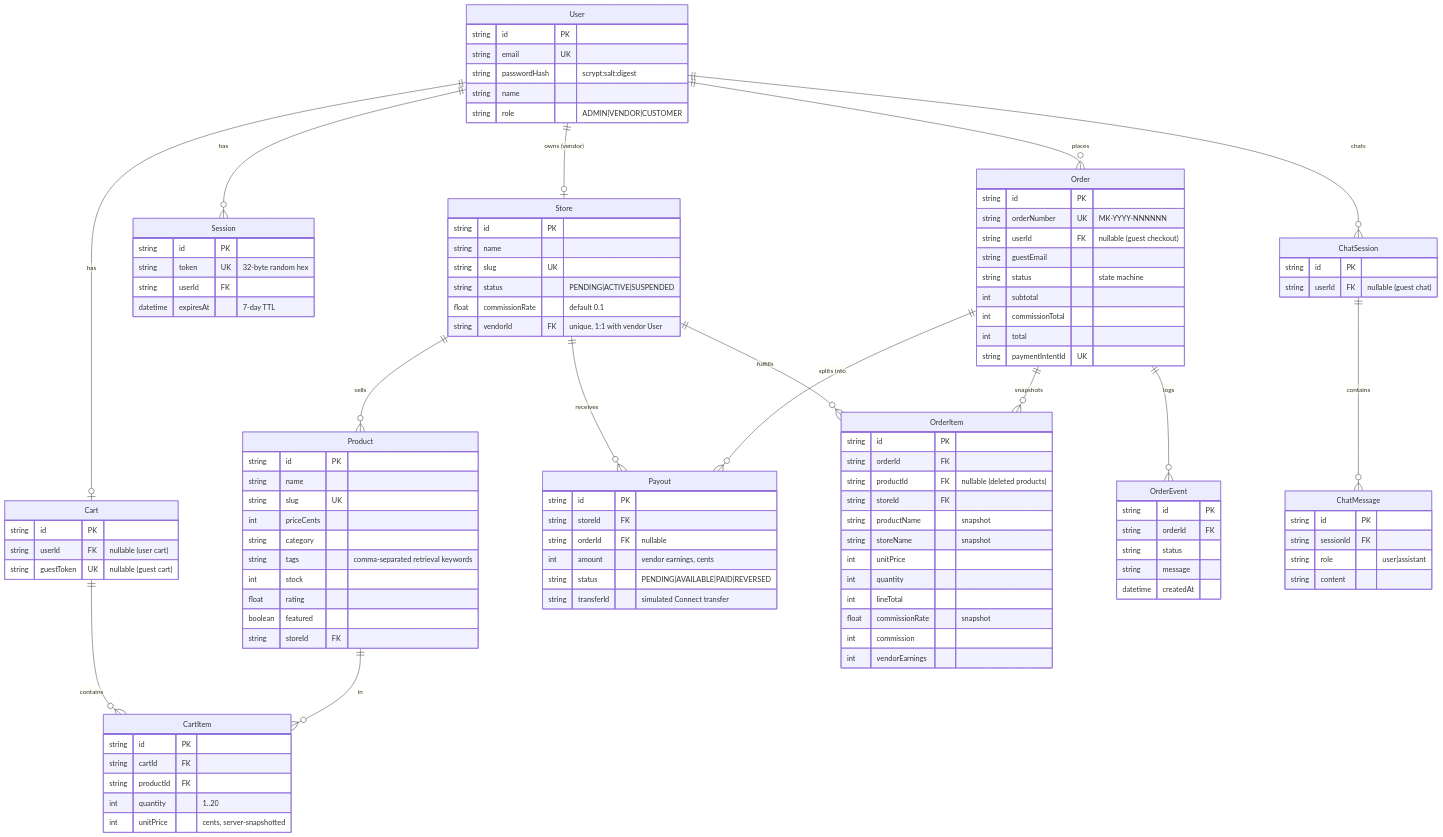
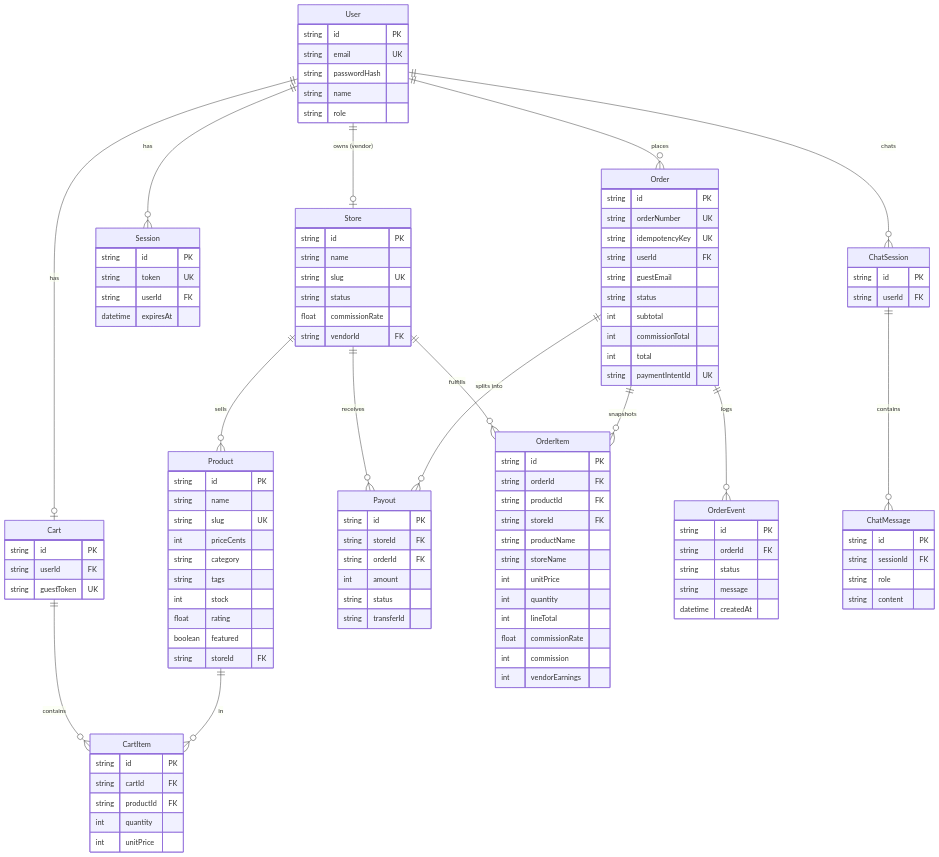
Before and after one commit to rishav579/meridian-market: the second of 3 diagrams in README.md, drawn with Mermaid. The commit also changed other lines of this file and 25 other files, not shown here.

````diff
--- a/README.md
+++ b/README.md
@@ -77,23 +96,23 @@
     User {
         string id PK
         string email UK
-        string passwordHash "scrypt:salt:digest"
+        string passwordHash
         string name
-        string role "ADMIN|VENDOR|CUSTOMER"
+        string role
     }
     Session {
         string id PK
-        string token UK "32-byte random hex"
+        string token UK
         string userId FK
-        datetime expiresAt "7-day TTL"
+        datetime expiresAt
     }
     Store {
         string id PK
         string name
         string slug UK
-        string status "PENDING|ACTIVE|SUSPENDED"
-        float commissionRate "default 0.1"
-        string vendorId FK "unique, 1:1 with vendor User"
+        string status
+        float commissionRate
+        string vendorId FK
     }
     Product {
         string id PK
@@ -101,7 +120,7 @@
         string slug UK
         int priceCents
         string category
-        string tags "comma-separated retrieval keywords"
+        string tags
         int stock
         float rating
         boolean featured
@@ -109,22 +128,23 @@
     }
     Cart {
         string id PK
-        string userId FK "nullable (user cart)"
-        string guestToken UK "nullable (guest cart)"
+        string userId FK
+        string guestToken UK
     }
     CartItem {
         string id PK
         string cartId FK
         string productId FK
-        int quantity "1..20"
-        int unitPrice "cents, server-snapshotted"
+        int quantity
+        int unitPrice
     }
     Order {
         string id PK
-        string orderNumber UK "MK-YYYY-NNNNNN"
-        string userId FK "nullable (guest checkout)"
+        string orderNumber UK
+        string idempotencyKey UK
+        string userId FK
         string guestEmail
-        string status "state machine"
+        string status
         int subtotal
         int commissionTotal
         int total
@@ -133,14 +153,14 @@
     OrderItem {
         string id PK
         string orderId FK
-        string productId FK "nullable (deleted products)"
+        string productId FK
         string storeId FK
-        string productName "snapshot"
-        string storeName "snapshot"
+        string productName
+        string storeName
         int unitPrice
         int quantity
         int lineTotal
-        float commissionRate "snapshot"
+        float commissionRate
         int commission
         int vendorEarnings
     }
@@ -154,19 +174,19 @@
     Payout {
         string id PK
         string storeId FK
-        string orderId FK "nullable"
-        int amount "vendor earnings, cents"
-        string status "PENDING|AVAILABLE|PAID|REVERSED"
-        string transferId "simulated Connect transfer"
+        string orderId FK
+        int amount
+        string status
+        string transferId
     }
     ChatSession {
         string id PK
-        string userId FK "nullable (guest chat)"
+        string userId FK
     }
     ChatMessage {
         string id PK
         string sessionId FK
-        string role "user|assistant"
+        string role
         string content
     }
 ```
````
